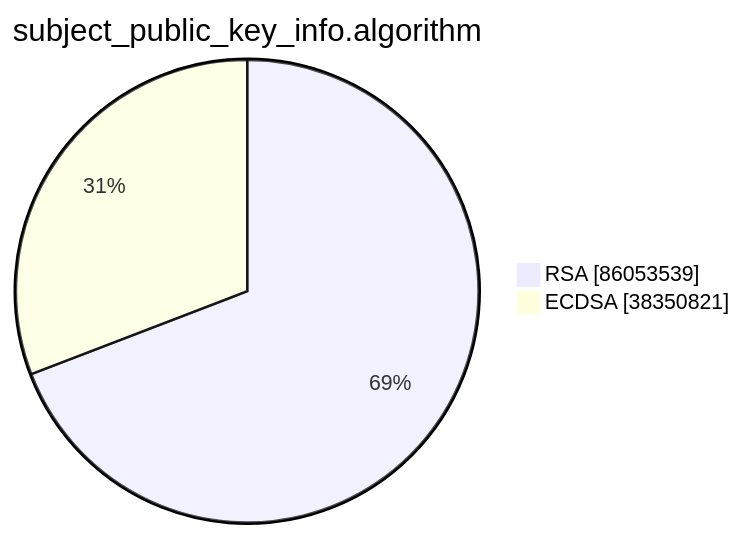
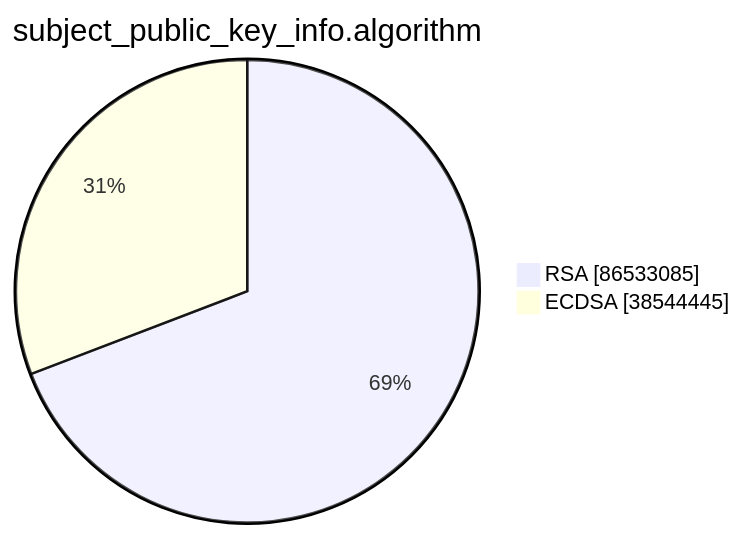
Before and after one commit to christiankrug/ctmonitor_visualization: the second of 15 diagrams in xenon2023/README.md, drawn with Mermaid. The commit also changed other lines of this file, not shown here.

````diff
--- a/xenon2023/README.md
+++ b/xenon2023/README.md
@@ -6,6 +6,6 @@
 ```mermaid
 pie showData
 title subject_public_key_info.algorithm
-"RSA" :86053539
-"ECDSA" :38350821
+"RSA" :86533085
+"ECDSA" :38544445
 ```
````
